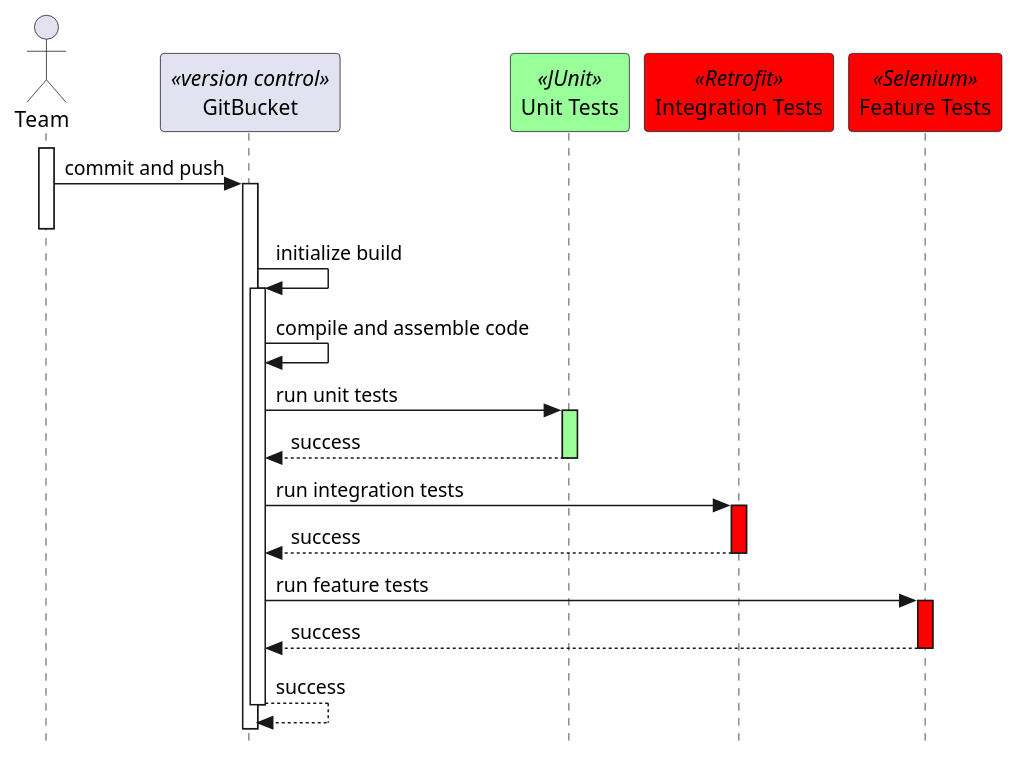
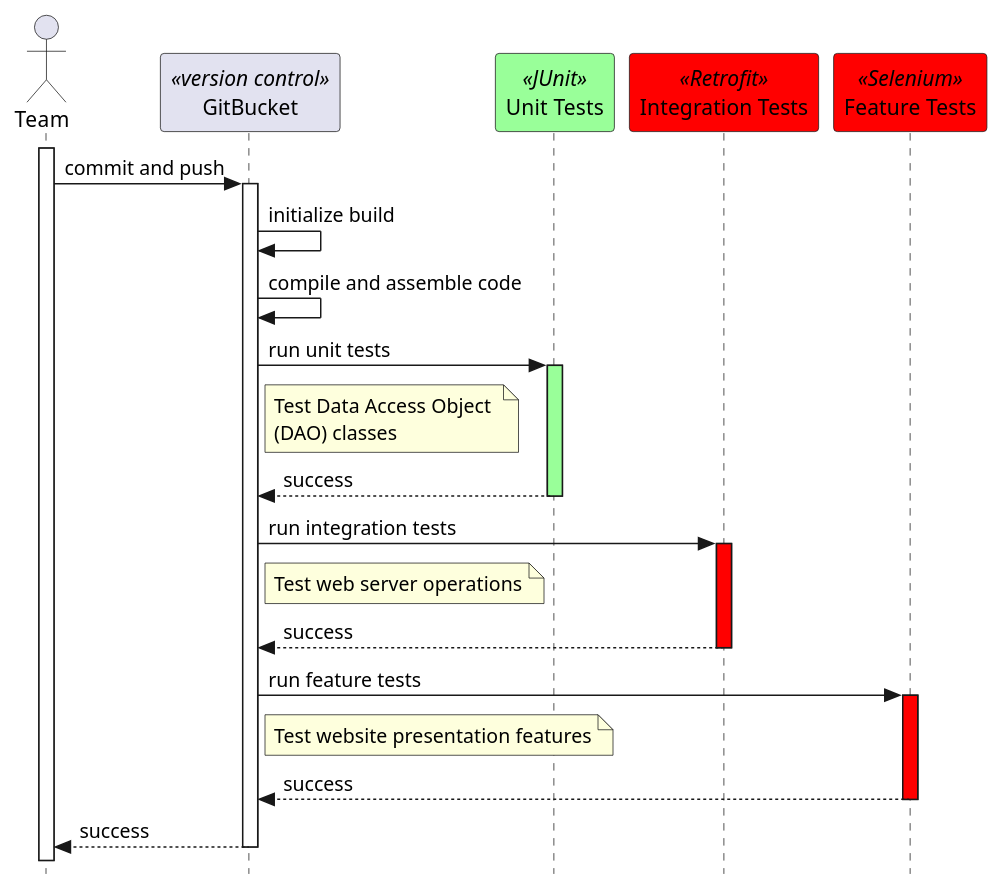
The diagram in diagrams/automatedTestingSequenceDiagram.puml (62firelight/SubTrack), drawn with PlantUML before and after one commit.

Commit message:
Added notes and adjusted lifelines
References #32.

```diff
--- a/diagrams/automatedTestingSequenceDiagram.puml
+++ b/diagrams/automatedTestingSequenceDiagram.puml
@@ -1,28 +1,30 @@
 @startuml
 skinparam style strictuml
 
 actor "Team" as team 
 participant "GitBucket" as git <<version control>>
 participant "Unit Tests" as unit <<JUnit>> #99FF99
 participant "Integration Tests" as integration <<Retrofit>> #red
 participant "Feature Tests" as feature <<Selenium>> #red
 
 team++
 team -> git++ : commit and push
-team--
-git -> git++ : initialize build
+git -> git : initialize build
 
 git -> git : compile and assemble code
 
 git -> unit++ #99FF99: run unit tests
+note right of git: Test Data Access Object \n(DAO) classes
 return success
 
 git -> integration++ #red : run integration tests
+note right of git: Test web server operations
 return success
 
 git -> feature++ #red : run feature tests
+note right of git: Test website presentation features
 return success
 
 return success
 
 @enduml
```
